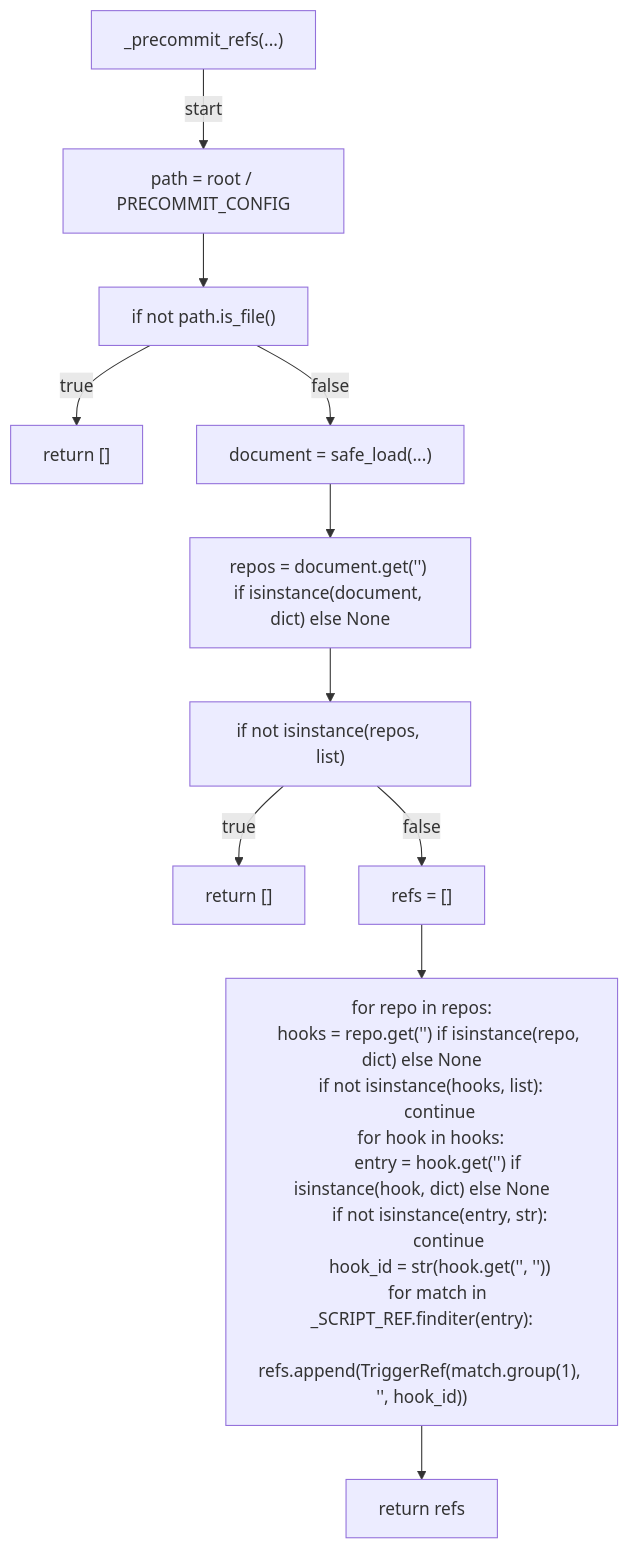
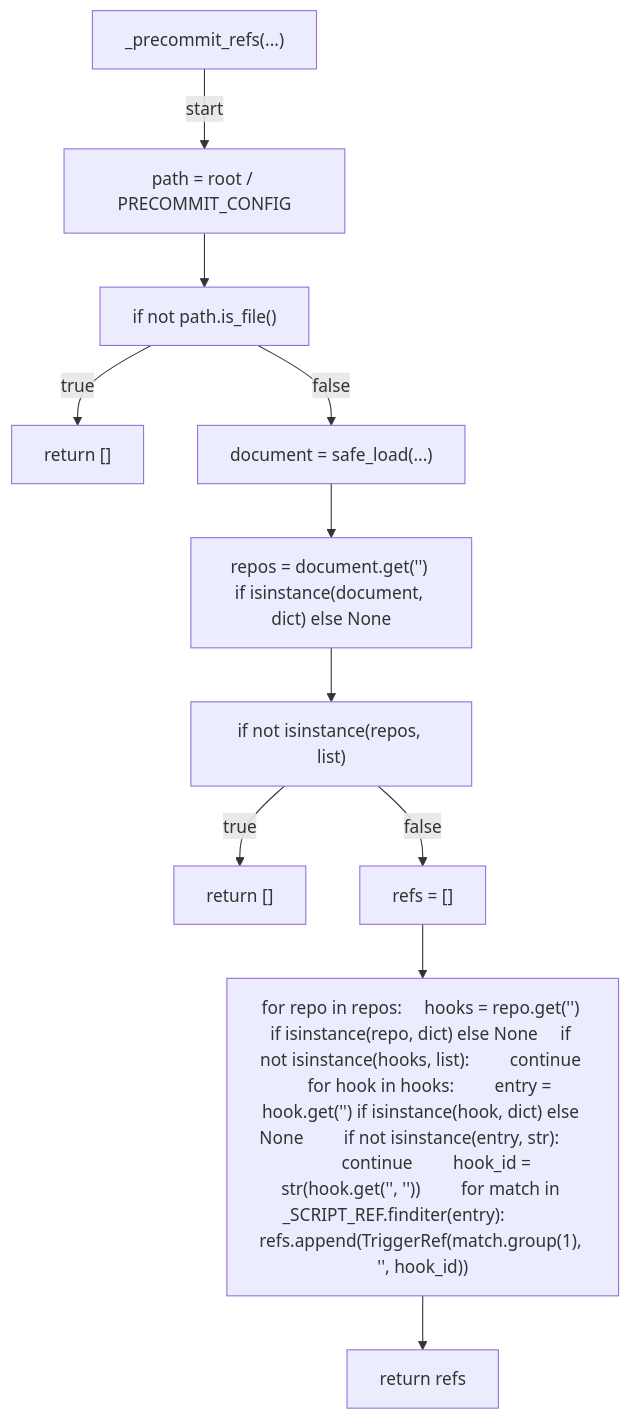
The third of 15 diagrams in docs/generated/scripts/ast/script_trigger_map.md (tvna/claude-md), drawn with Mermaid before and after one commit. The commit also changed other lines of this file and 23 other files, not shown here.

First line of the commit message:
docs(generated): regenerate decision tree and workflow diagrams (batch 4/5)

````diff
--- a/docs/generated/scripts/ast/script_trigger_map.md
+++ b/docs/generated/scripts/ast/script_trigger_map.md
@@ -61,34 +41,24 @@
 ```mermaid
 flowchart TD
     N001["_precommit_refs(...)"]
     N002["path = root / PRECOMMIT_CONFIG"]
     N003["if not path.is_file()"]
     N004["return []"]
     N005["document = safe_load(...)"]
     N006["repos = document.get('<str>') if isinstance(document, dict) else None"]
     N007["if not isinstance(repos, list)"]
     N008["return []"]
     N009["refs = []"]
-    N010["for repo in repos:
-    hooks = repo.get('<str>') if isinstance(repo, dict) else None
-    if not isinstance(hooks, list):
-        continue
-    for hook in hooks:
-        entry = hook.get('<str>') if isinstance(hook, dict) else None
-        if not isinstance(entry, str):
-            continue
-        hook_id = str(hook.get('<str>', '<str>'))
-        for match in _SCRIPT_REF.finditer(entry):
-            refs.append(TriggerRef(match.group(1), '<str>', hook_id))"]
+    N010["for repo in repos:     hooks = repo.get('<str>') if isinstance(repo, dict) else None     if not isinstance(hooks, list):         continue     for hook in hooks:         entry = hook.get('<str>') if isinstance(hook, dict) else None         if not isinstance(entry, str):             continue         hook_id = str(hook.get('<str>', '<str>'))         for match in _SCRIPT_REF.finditer(entry):             refs.append(TriggerRef(match.group(1), '<str>', hook_id))"]
     N011["return refs"]
     N001 -->|"start"| N002
     N002 --> N003
     N003 -->|"true"| N004
     N003 -->|"false"| N005
     N005 --> N006
     N006 --> N007
     N007 -->|"true"| N008
     N007 -->|"false"| N009
     N009 --> N010
     N010 --> N011
 ```
````
